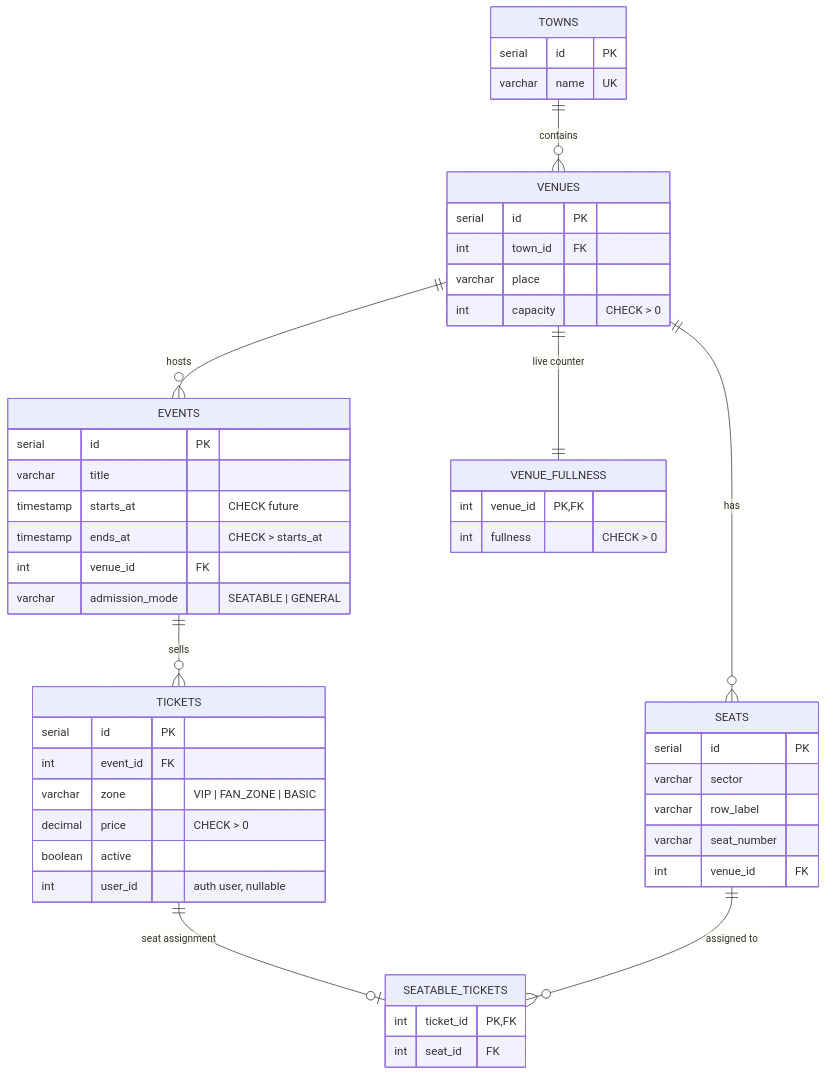
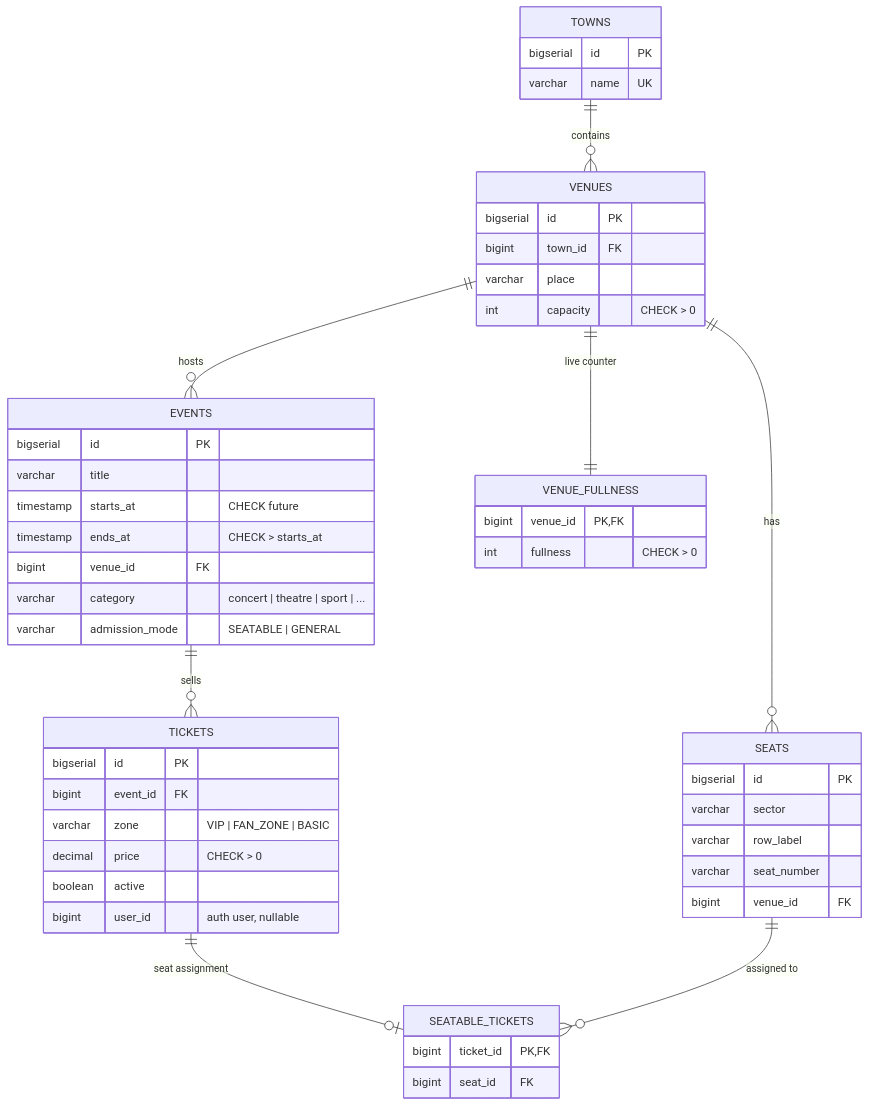
The second of 5 diagrams in docs/DATA_MODEL.md (KillRmnv/microservices-example-app), drawn with Mermaid before and after one commit. The commit also changed other lines of this file and 128 other files, not shown here.

````diff
--- a/docs/DATA_MODEL.md
+++ b/docs/DATA_MODEL.md
@@ -58,58 +58,59 @@
 ```mermaid
 erDiagram
     TOWNS ||--o{ VENUES : contains
     VENUES ||--o{ EVENTS : hosts
     VENUES ||--o{ SEATS : has
     VENUES ||--|| VENUE_FULLNESS : "live counter"
     EVENTS ||--o{ TICKETS : sells
     TICKETS ||--o| SEATABLE_TICKETS : "seat assignment"
     SEATS ||--o{ SEATABLE_TICKETS : "assigned to"
 
     TOWNS {
-        serial id PK
+        bigserial id PK
         varchar name UK
     }
 
     VENUES {
-        serial id PK
-        int town_id FK
+        bigserial id PK
+        bigint town_id FK
         varchar place
         int capacity "CHECK > 0"
     }
 
     EVENTS {
-        serial id PK
+        bigserial id PK
         varchar title
         timestamp starts_at "CHECK future"
         timestamp ends_at "CHECK > starts_at"
-        int venue_id FK
+        bigint venue_id FK
+        varchar category "concert | theatre | sport | ..."
         varchar admission_mode "SEATABLE | GENERAL"
     }
 
     SEATS {
-        serial id PK
+        bigserial id PK
         varchar sector
         varchar row_label
         varchar seat_number
-        int venue_id FK
+        bigint venue_id FK
     }
 
     TICKETS {
-        serial id PK
-        int event_id FK
+        bigserial id PK
+        bigint event_id FK
         varchar zone "VIP | FAN_ZONE | BASIC"
         decimal price "CHECK > 0"
         boolean active
-        int user_id "auth user, nullable"
+        bigint user_id "auth user, nullable"
     }
 
     SEATABLE_TICKETS {
-        int ticket_id PK, FK
-        int seat_id FK
+        bigint ticket_id PK, FK
+        bigint seat_id FK
     }
 
     VENUE_FULLNESS {
-        int venue_id PK, FK
+        bigint venue_id PK, FK
         int fullness "CHECK > 0"
     }
 ```
````
